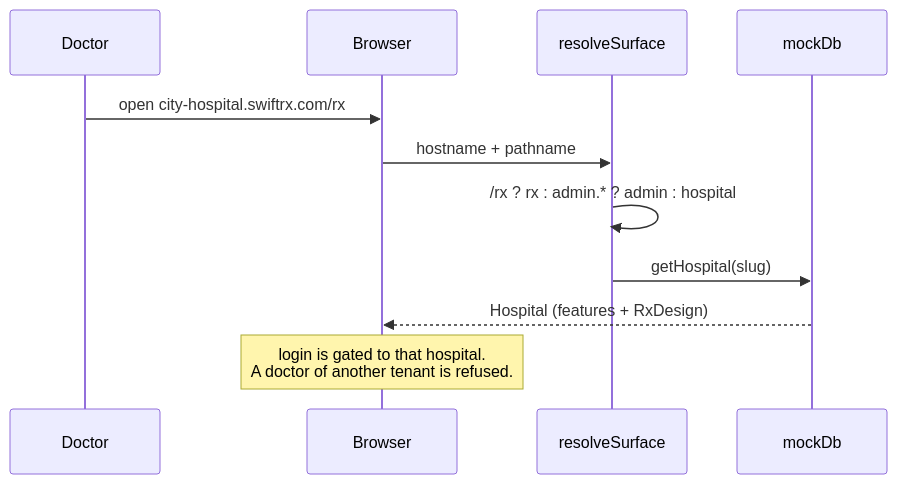
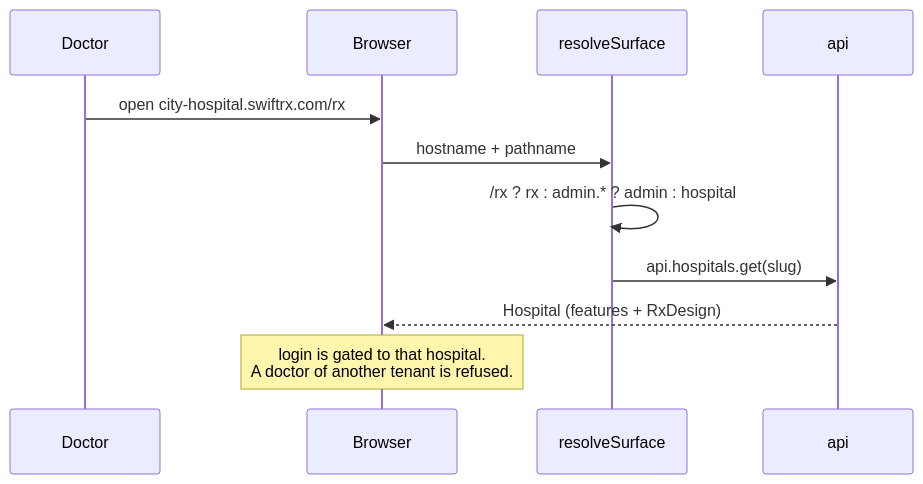
Before and after one commit to AffanAR/swiftrx: the second of 4 diagrams in docs/ARCHITECTURE.md, drawn with Mermaid. The commit also changed other lines of this file and 3 other files, not shown here.

````diff
--- a/docs/ARCHITECTURE.md
+++ b/docs/ARCHITECTURE.md
@@ -70,14 +70,14 @@
 ```mermaid
 sequenceDiagram
     participant U as Doctor
     participant B as Browser
     participant T as resolveSurface
-    participant DB as mockDb
+    participant DB as api
 
     U->>B: open city-hospital.swiftrx.com/rx
     B->>T: hostname + pathname
     T->>T: /rx ? rx : admin.* ? admin : hospital
-    T->>DB: getHospital(slug)
+    T->>DB: api.hospitals.get(slug)
     DB-->>B: Hospital (features + RxDesign)
     Note over B: login is gated to that hospital.<br/>A doctor of another tenant is refused.
 ```
````
